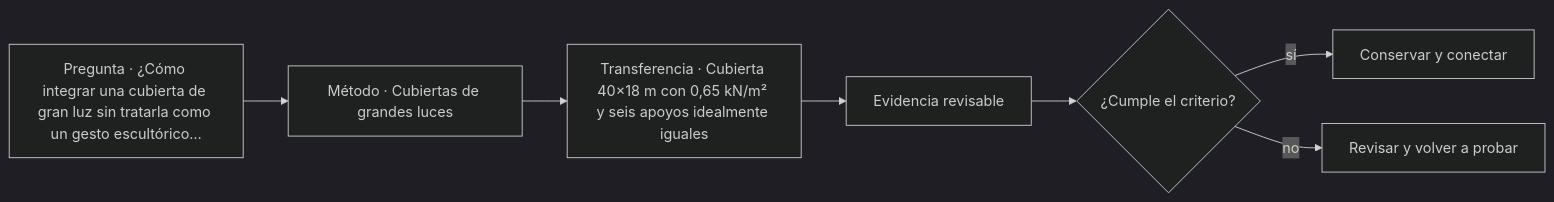
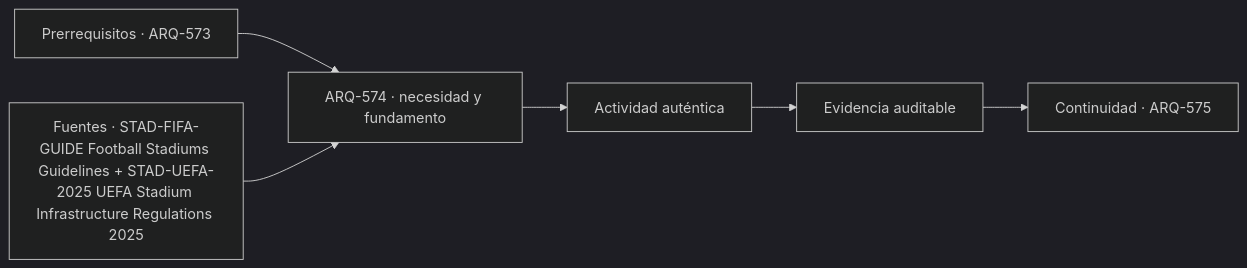
Before and after one commit to vladimiracunadev-create/architecture-built-environment-learning-program: the diagram in classes/parte-58/ARQ-574.md, drawn with Mermaid (dark theme). The commit also changed other lines of this file and 761 other files, not shown here.

````diff
--- a/classes/parte-58/ARQ-574.md
+++ b/classes/parte-58/ARQ-574.md
@@ -105,9 +117,8 @@
 ```mermaid
 flowchart LR
-    Q["Pregunta · ¿Cómo integrar una cubierta de gran luz sin tratarla como un gesto escultórico…"] --> M["Método · Cubiertas de grandes luces"]
-    M --> P["Transferencia · Cubierta 40×18 m con 0,65 kN/m² y seis apoyos idealmente iguales"]
-    P --> E["Evidencia revisable"]
-    E --> C{"¿Cumple el criterio?"}
-    C -->|sí| T["Conservar y conectar"]
-    C -->|no| R["Revisar y volver a probar"]
+    A["Prerrequisitos · ARQ-573"] --> B["ARQ-574 · necesidad y fundamento"]
+    S["Fuentes · STAD-FIFA-GUIDE Football Stadiums Guidelines + STAD-UEFA-2025 UEFA Stadium Infrastructure Regulations 2025"] --> B
+    B --> C["Actividad auténtica"]
+    C --> D["Evidencia auditable"]
+    D --> E["Continuidad · ARQ-575"]
 ```
````
